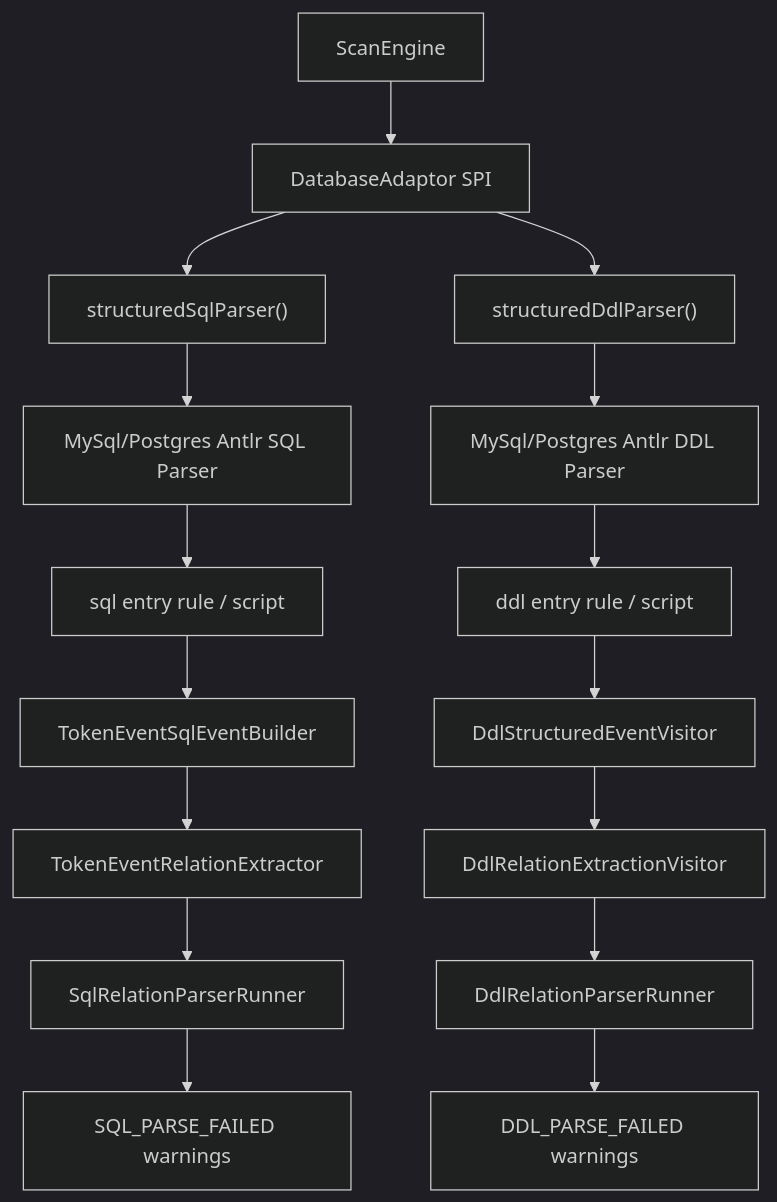
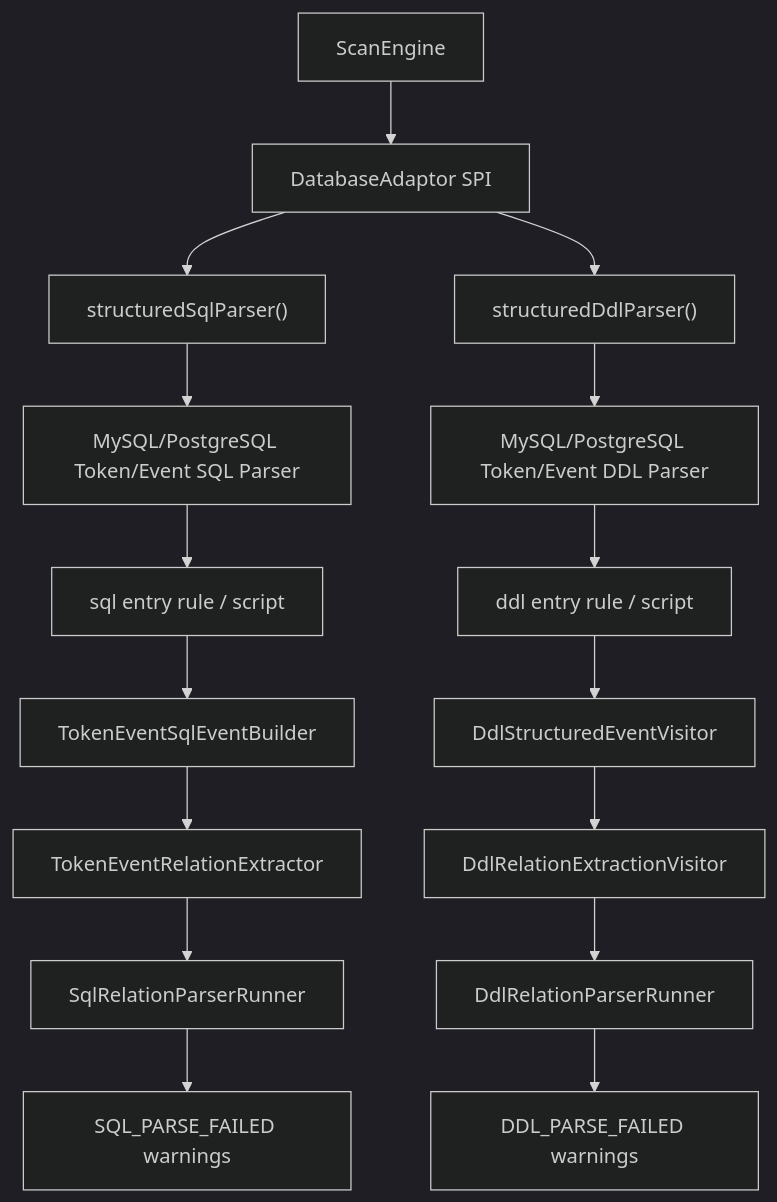
One commit to xiaoguang/relation-detector changed the third of 3 diagrams in docs/design/phase-06-parser-enhancement.md. Above: the diagram before and after it, drawn with Mermaid (dark theme). The commit also changed other lines of this file and 39 other files, not shown here.

Commit message:
convert to parser tree + DDL scan

````diff
--- a/docs/design/phase-06-parser-enhancement.md
+++ b/docs/design/phase-06-parser-enhancement.md
@@ -194,35 +424,35 @@
 ```mermaid
 flowchart TD
   scan["ScanEngine"]
   adaptor["DatabaseAdaptor SPI"]
   sqlSpi["structuredSqlParser()"]
   ddlSpi["structuredDdlParser()"]
-  sqlParser["MySql/Postgres Antlr SQL Parser"]
-  ddlParser["MySql/Postgres Antlr DDL Parser"]
+  sqlParser["MySQL/PostgreSQL Token/Event SQL Parser"]
+  ddlParser["MySQL/PostgreSQL Token/Event DDL Parser"]
   sqlEntry["sql entry rule / script"]
   ddlEntry["ddl entry rule / script"]
   sqlEvents["TokenEventSqlEventBuilder"]
   ddlEvents["DdlStructuredEventVisitor"]
   sqlRelations["TokenEventRelationExtractor"]
   ddlRelations["DdlRelationExtractionVisitor"]
   sqlRunner["SqlRelationParserRunner"]
   ddlRunner["DdlRelationParserRunner"]
   sqlDiag["SQL_PARSE_FAILED warnings"]
   ddlDiag["DDL_PARSE_FAILED warnings"]
 
   scan --> adaptor
   adaptor --> sqlSpi
   adaptor --> ddlSpi
   sqlSpi --> sqlParser
   ddlSpi --> ddlParser
   sqlParser --> sqlEntry
   ddlParser --> ddlEntry
   sqlEntry --> sqlEvents
   ddlEntry --> ddlEvents
   sqlEvents --> sqlRelations
   ddlEvents --> ddlRelations
   sqlRelations --> sqlRunner
   ddlRelations --> ddlRunner
   sqlRunner --> sqlDiag
   ddlRunner --> ddlDiag
 ```
````
